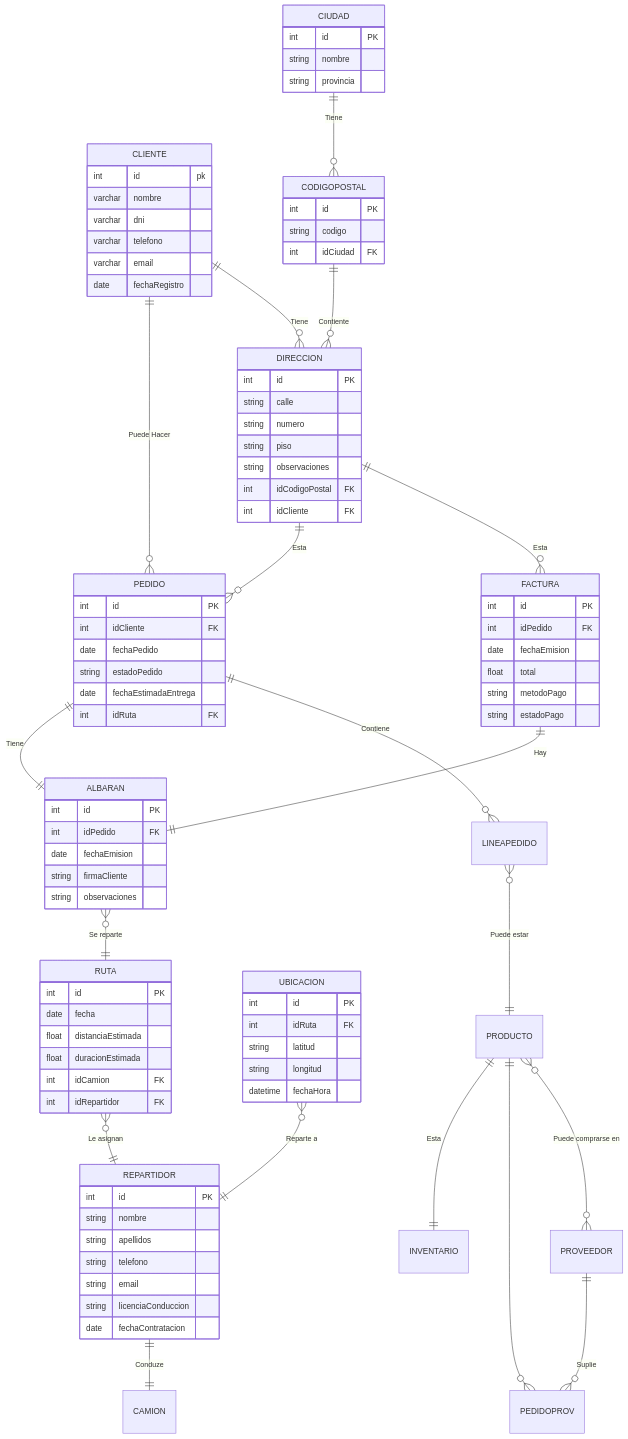
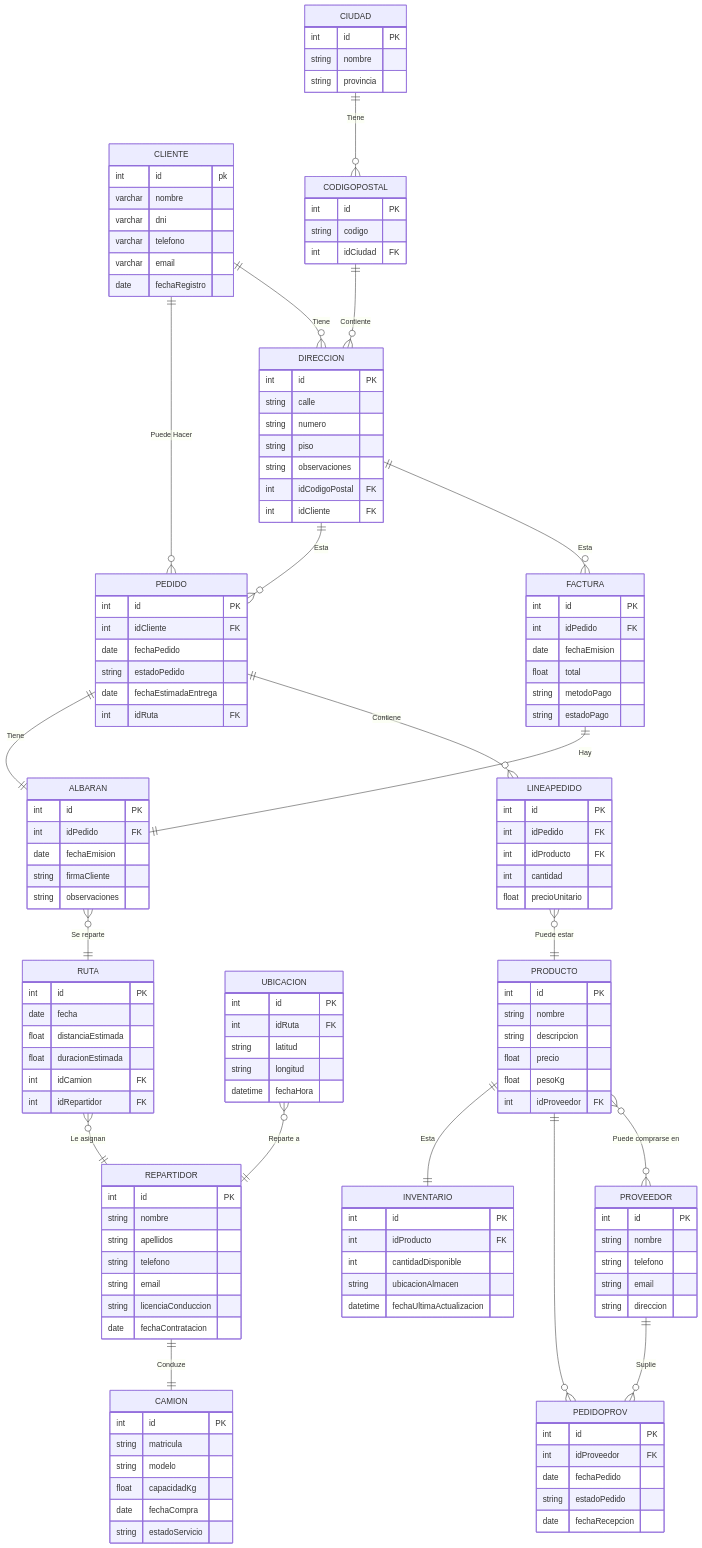
One commit to pedroporo/apuntesclase changed the diagram in 01 Apuntes/DAM/Proyecto intermodular 2 de Desarrollo de aplicaciones multiplataforma/Inicio.md. Above: the diagram before and after it, drawn with Mermaid.

Commit message:
vault backup: 2025-10-06 17:26:32

```diff
--- a/01 Apuntes/DAM/Proyecto intermodular 2 de Desarrollo de aplicaciones multiplataforma/Inicio.md
+++ b/01 Apuntes/DAM/Proyecto intermodular 2 de Desarrollo de aplicaciones multiplataforma/Inicio.md
@@ -81,16 +81,48 @@
 	datetime fechaHora
 }
 CAMION{
+	int id PK 
+	string matricula 
+	string modelo 
+	float capacidadKg 
+	date fechaCompra 
+	string estadoServicio
 }
 LINEAPEDIDO{
+	int id PK 
+	int idPedido FK 
+	int idProducto FK 
+	int cantidad 
+	float precioUnitario
 }
 PRODUCTO{
+	int id PK 
+	string nombre 
+	string descripcion 
+	float precio 
+	float pesoKg 
+	int idProveedor FK
 }
 PEDIDOPROV{
+	int id PK 
+	int idProveedor FK 
+	date fechaPedido 
+	string estadoPedido 
+	date fechaRecepcion
 }
 PROVEEDOR{
+	int id PK 
+	string nombre 
+	string telefono 
+	string email 
+	string direccion
 }
 INVENTARIO{
+	int id PK 
+	int idProducto FK 
+	int cantidadDisponible 
+	string ubicacionAlmacen 
+	datetime fechaUltimaActualizacion
 }
 CLIENTE ||--o{ PEDIDO : "Puede Hacer"
 CLIENTE ||--o{ DIRECCION : "Tiene"
```
